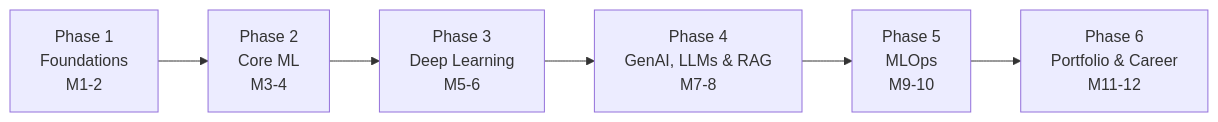
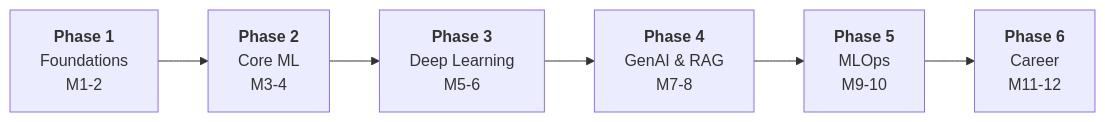
One commit to aniket-andyy/AI-ML-NOTES changed the diagram in README.md. Above: the diagram before and after it, drawn with Mermaid. The commit also changed other lines of this file, not shown here.

````diff
--- a/README.md
+++ b/README.md
@@ -62,8 +68,11 @@
 ```mermaid
 flowchart LR
-    P1["Phase 1<br/>Foundations<br/>M1-2"] --> P2["Phase 2<br/>Core ML<br/>M3-4"]
-    P2 --> P3["Phase 3<br/>Deep Learning<br/>M5-6"]
-    P3 --> P4["Phase 4<br/>GenAI, LLMs & RAG<br/>M7-8"]
-    P4 --> P5["Phase 5<br/>MLOps<br/>M9-10"]
-    P5 --> P6["Phase 6<br/>Portfolio & Career<br/>M11-12"]
+    P1["<b>Phase 1</b><br/>Foundations<br/>M1-2"]
+    P2["<b>Phase 2</b><br/>Core ML<br/>M3-4"]
+    P3["<b>Phase 3</b><br/>Deep Learning<br/>M5-6"]
+    P4["<b>Phase 4</b><br/>GenAI & RAG<br/>M7-8"]
+    P5["<b>Phase 5</b><br/>MLOps<br/>M9-10"]
+    P6["<b>Phase 6</b><br/>Career<br/>M11-12"]
+    
+    P1 --> P2 --> P3 --> P4 --> P5 --> P6
 ```
````
